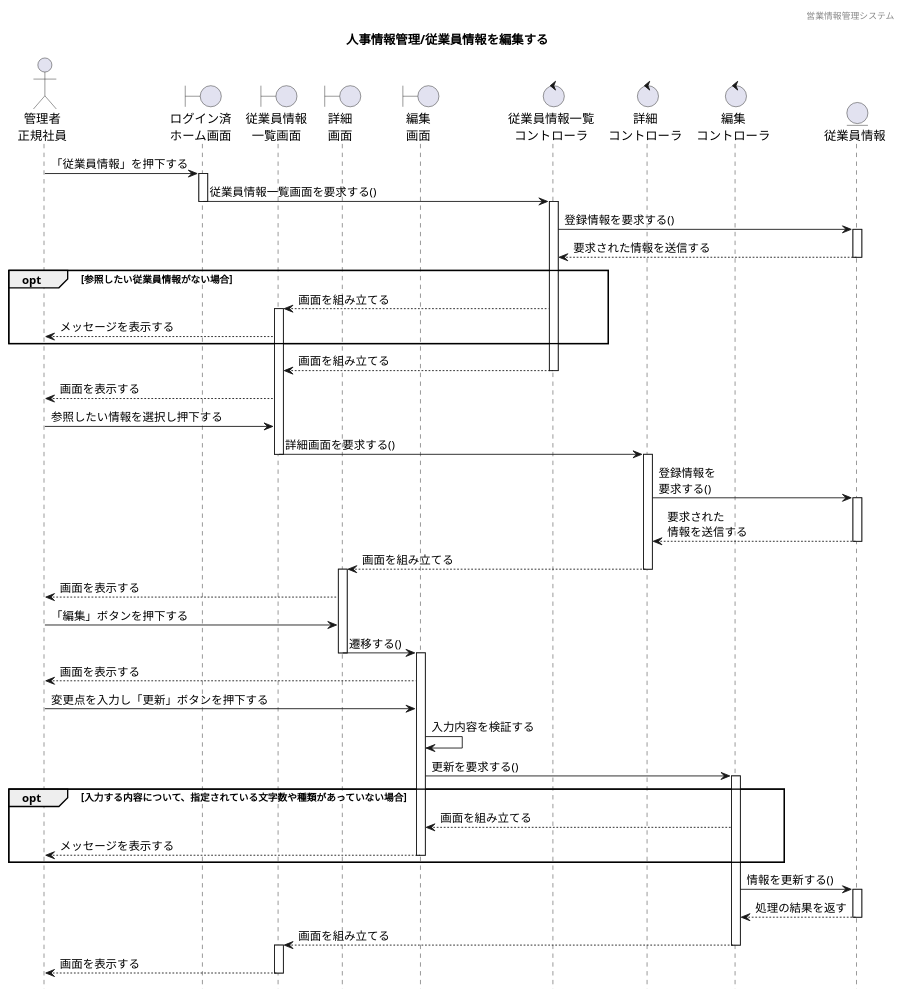
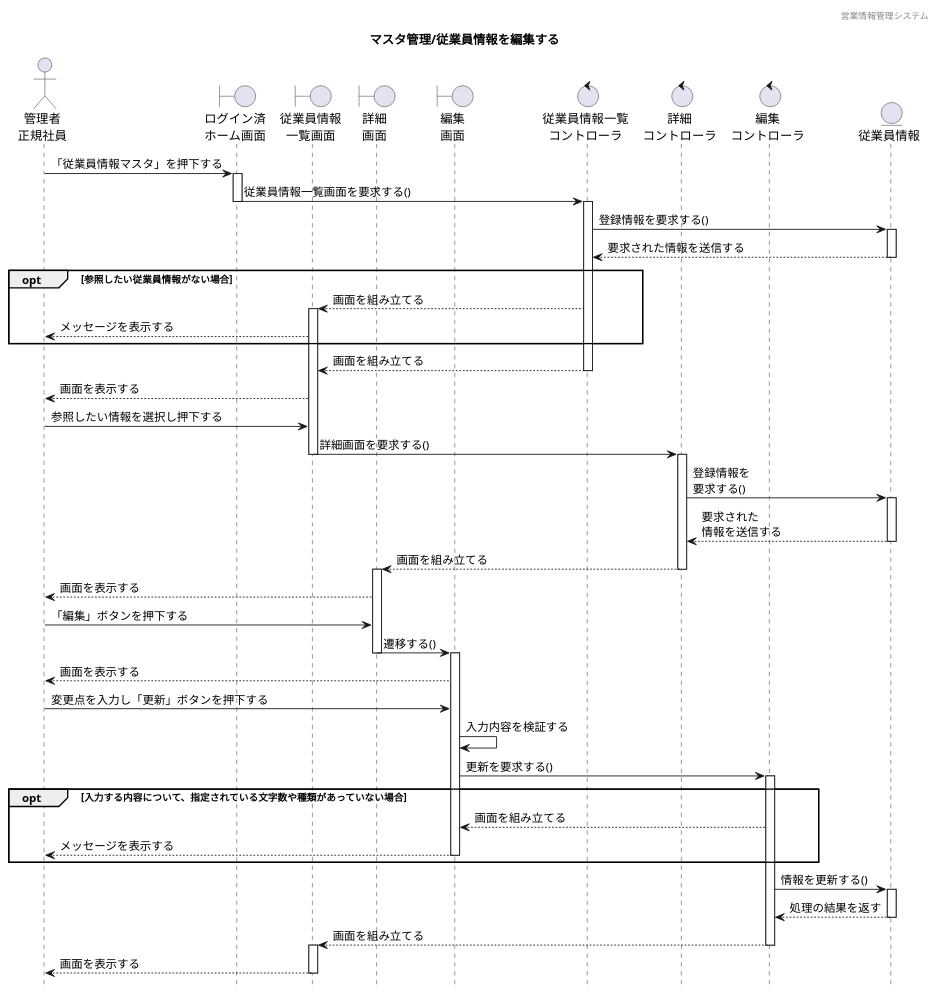
The diagram in 各種設計書/4シーケンス図/マスタ管理/1.従業員情報マスタ/従業員情報管理_編集.plantuml (HaruShim/Sotuken), drawn with PlantUML before and after one commit. The commit also changed 8 other files, not shown here.

```diff
--- a/各種設計書/4シーケンス図/マスタ管理/1.従業員情報マスタ/従業員情報管理_編集.plantuml
+++ b/各種設計書/4シーケンス図/マスタ管理/1.従業員情報マスタ/従業員情報管理_編集.plantuml
@@ -1,105 +1,105 @@
 @startuml ../../images/従業員情報マスタ/従業員情報管理_編集
 
 ' 下アイコン除去
 hide footbox
 ' ヘッダー
 header 営業情報管理システム
 ' タイトル
-title 人事情報管理/従業員情報を編集する
+title マスタ管理/従業員情報を編集する
 
 
 ' actor "" as 
 actor "管理者\n正規社員" as a1
 
 ' boundary "" as 
 boundary "ログイン済\nホーム画面" as b1
 boundary "従業員情報\n一覧画面" as b2
 boundary "詳細\n画面" as b3
 boundary "編集\n画面" as b4
 
 ' control "" as 
 control "従業員情報一覧\nコントローラ" as c1
 control "詳細\nコントローラ" as c2
 control "編集\nコントローラ" as c3
 
 ' entity "" as
 entity "従業員情報" as e1
 
 
 ' ログイン済みホーム画面から一覧表示までのシーケンス
-a1 -> b1 : 「従業員情報」を押下する
+a1 -> b1 : 「従業員情報マスタ」を押下する
 activate b1
 b1 -> c1 : 従業員情報一覧画面を要求する()
 deactivate b1
 activate c1
 c1 -> e1 : 登録情報を要求する()
 activate e1
 c1 <-- e1 : 要求された情報を送信する
 deactivate e1
 
 ' 代替フロー
 opt 参照したい従業員情報がない場合
 b2 <-- c1 : 画面を組み立てる
 activate b2
 a1 <-- b2 : メッセージを表示する
 end
 
 b2 <-- c1 : 画面を組み立てる
 deactivate c1
 
 
 
 
 
 a1 <-- b2 : 画面を表示する
 a1 -> b2 : 参照したい情報を選択し押下する
 b2 -> c2 : 詳細画面を要求する()
 deactivate b2
 activate c2
 
 
 c2 -> e1 : 登録情報を\n要求する()
 activate e1
 c2 <-- e1 : 要求された\n情報を送信する
 deactivate e1
 b3 <-- c2 : 画面を組み立てる
 deactivate c2
 activate b3
 a1 <-- b3 : 画面を表示する
 
 
 a1 -> b3 : 「編集」ボタンを押下する
 b3 -> b4 : 遷移する()
 deactivate b3
 activate b4
 a1 <-- b4 : 画面を表示する
 a1 -> b4 : 変更点を入力し「更新」ボタンを押下する
 b4 -> b4 : 入力内容を検証する
 b4 -> c3 : 更新を要求する()
 activate c3
 
 ' 代替フロー
 
 
 opt 入力する内容について、指定されている文字数や種類があっていない場合
 b4 <-- c3 : 画面を組み立てる
 deactivate c1
 a1 <-- b4 : メッセージを表示する
 deactivate b4
 end
 
 
 deactivate b4
 activate c3
 c3 -> e1 : 情報を更新する()
 activate e1
 c3 <-- e1 : 処理の結果を返す
 deactivate e1
 b2 <-- c3 : 画面を組み立てる
 deactivate c3
 activate b2
 a1 <-- b2 : 画面を表示する
 deactivate b2
 
 
 @enduml
```
